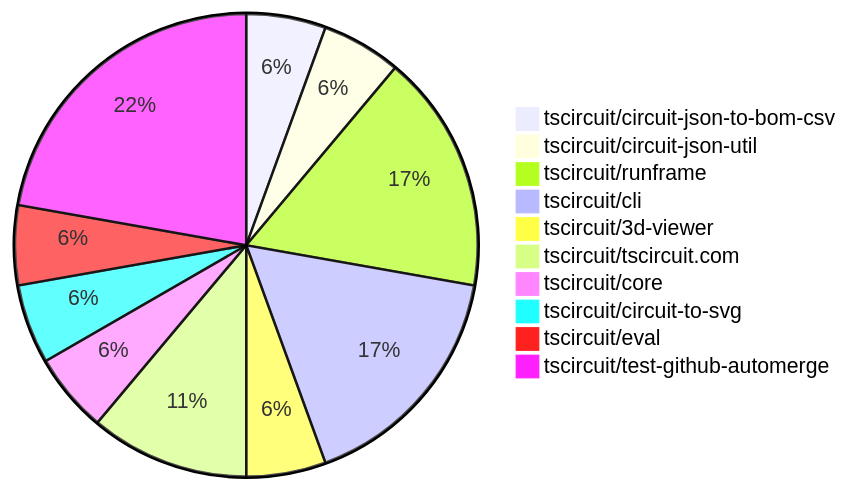
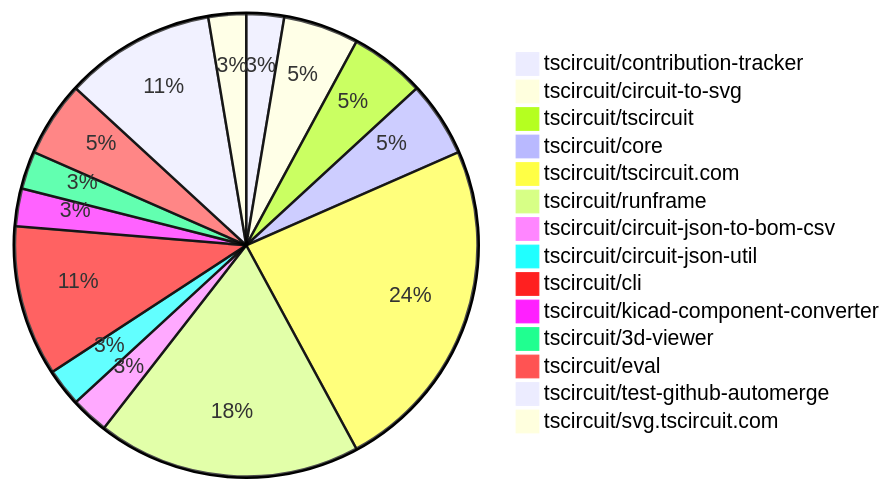
Before and after one commit to tscircuit/contribution-tracker: the first of 2 diagrams in contribution-overviews/2025-09-24.md, drawn with Mermaid. The commit also changed other lines of this file and 3 other files, not shown here.

````diff
--- a/contribution-overviews/2025-09-24.md
+++ b/contribution-overviews/2025-09-24.md
@@ -5,13 +5,17 @@
 ```mermaid
 pie
+    "tscircuit/contribution-tracker" : 1
+    "tscircuit/circuit-to-svg" : 2
+    "tscircuit/tscircuit" : 2
+    "tscircuit/core" : 2
+    "tscircuit/tscircuit.com" : 9
+    "tscircuit/runframe" : 7
     "tscircuit/circuit-json-to-bom-csv" : 1
     "tscircuit/circuit-json-util" : 1
-    "tscircuit/runframe" : 3
-    "tscircuit/cli" : 3
+    "tscircuit/cli" : 4
+    "tscircuit/kicad-component-converter" : 1
     "tscircuit/3d-viewer" : 1
-    "tscircuit/tscircuit.com" : 2
-    "tscircuit/core" : 1
-    "tscircuit/circuit-to-svg" : 1
-    "tscircuit/eval" : 1
+    "tscircuit/eval" : 2
     "tscircuit/test-github-automerge" : 4
+    "tscircuit/svg.tscircuit.com" : 1
 ```
````
